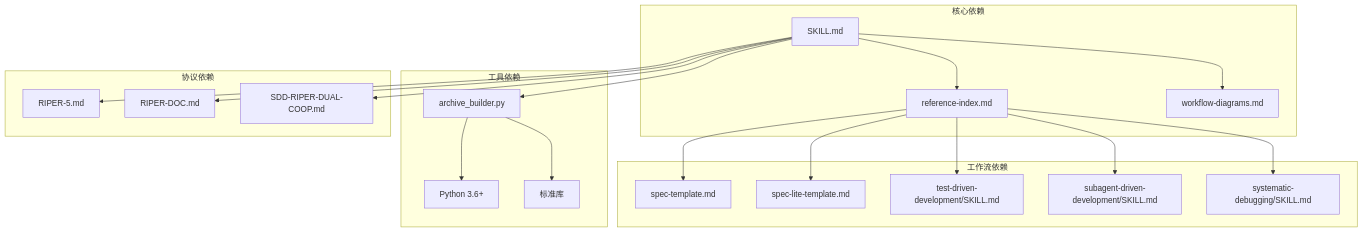
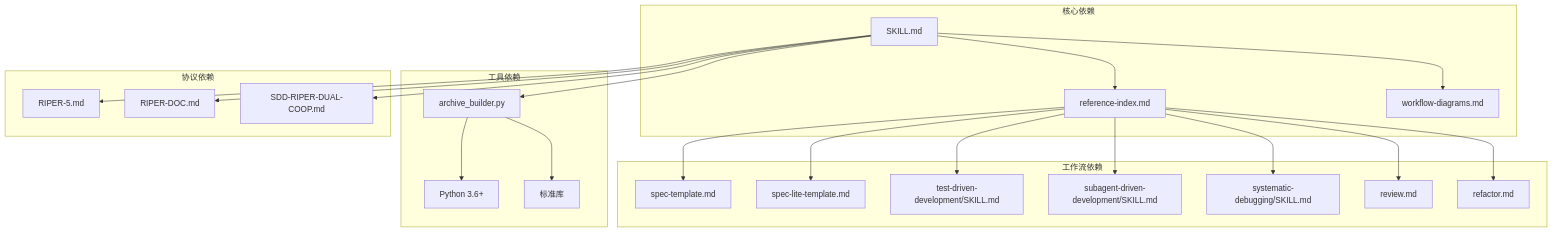
Diagram 12 of 13 in .qoder/repowiki/zh/content/Altas Workflow Core.md (AngelWings1997/altas), drawn with Mermaid before and after one commit. The commit also changed other lines of this file and 11 other files, not shown here.

````diff
--- a/.qoder/repowiki/zh/content/Altas Workflow Core.md
+++ b/.qoder/repowiki/zh/content/Altas Workflow Core.md
@@ -432,24 +490,26 @@
 ```mermaid
 graph TB
 subgraph "核心依赖"
 A[SKILL.md] --> B[reference-index.md]
 A --> C[workflow-diagrams.md]
 end
 subgraph "工作流依赖"
 B --> D[spec-template.md]
 B --> E[spec-lite-template.md]
 B --> F[test-driven-development/SKILL.md]
 B --> G[subagent-driven-development/SKILL.md]
 B --> H[systematic-debugging/SKILL.md]
+B --> I[review.md]
+B --> J[refactor.md]
 end
 subgraph "工具依赖"
-A --> I[archive_builder.py]
-I --> J[Python 3.6+]
-I --> K[标准库]
+A --> K[archive_builder.py]
+K --> L[Python 3.6+]
+K --> M[标准库]
 end
 subgraph "协议依赖"
-A --> L[RIPER-5.md]
-A --> M[RIPER-DOC.md]
-A --> N[SDD-RIPER-DUAL-COOP.md]
+A --> N[RIPER-5.md]
+A --> O[RIPER-DOC.md]
+A --> P[SDD-RIPER-DUAL-COOP.md]
 end
 ```
````
